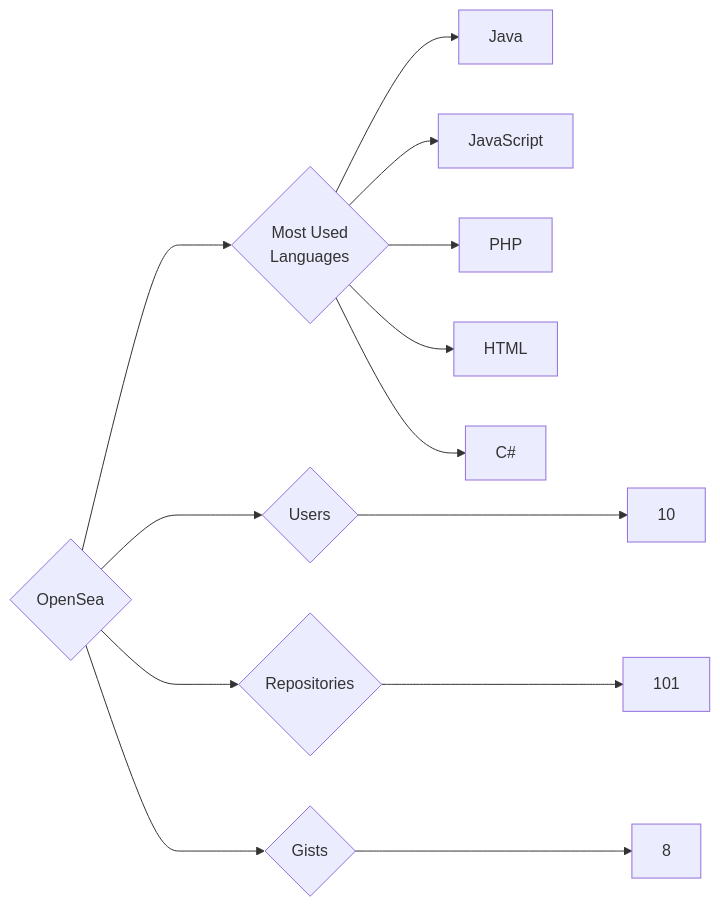
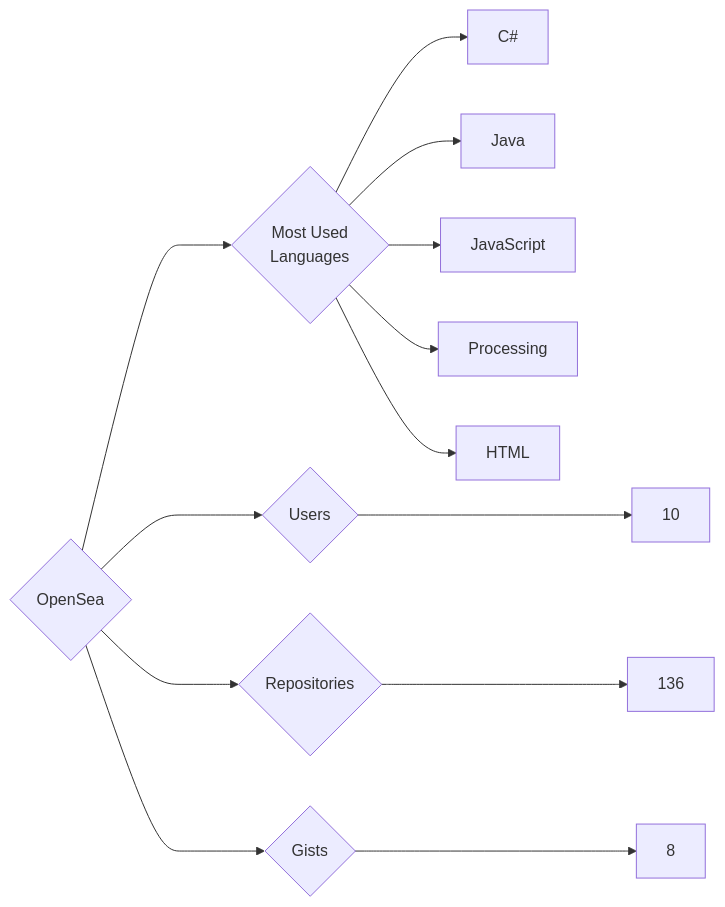
Before and after one commit to trickest/insiders: the diagram in targets/OpenSea/README.md, drawn with Mermaid. The commit also changed 796 other files, not shown here.

````diff
--- a/targets/OpenSea/README.md
+++ b/targets/OpenSea/README.md
@@ -3,13 +3,13 @@
 ```mermaid
 graph LR
 COMPANY_NAME{OpenSea}
 COMPANY_NAME ---> U{Users} ---> UN[10]
-COMPANY_NAME ---> R{Repositories} ---> RN[101]
+COMPANY_NAME ---> R{Repositories} ---> RN[136]
 COMPANY_NAME ---> G{Gists} ---> GN[8]
 COMPANY_NAME ---> ML{Most Used<br>Languages}
+ML --> C#[C#]
 ML --> Java[Java]
 ML --> JavaScript[JavaScript]
-ML --> PHP[PHP]
+ML --> Processing[Processing]
 ML --> HTML[HTML]
-ML --> C#[C#]
 ```
````
